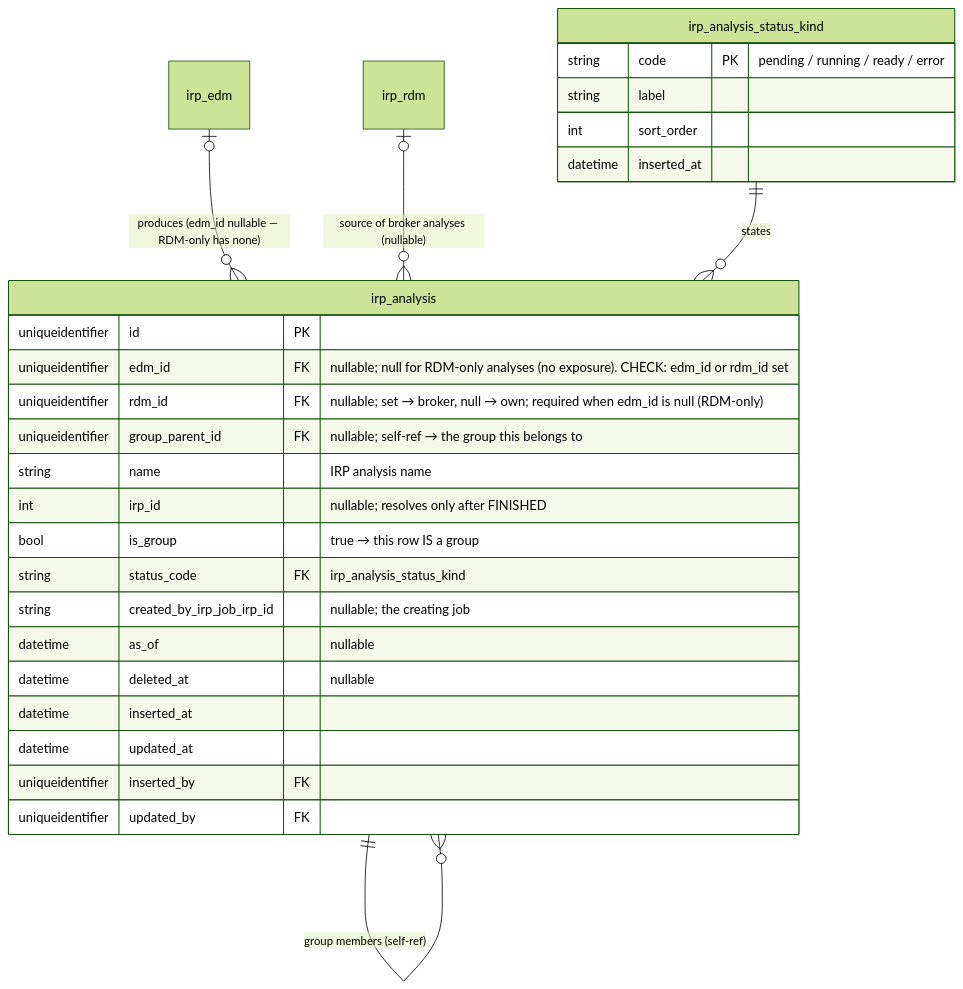
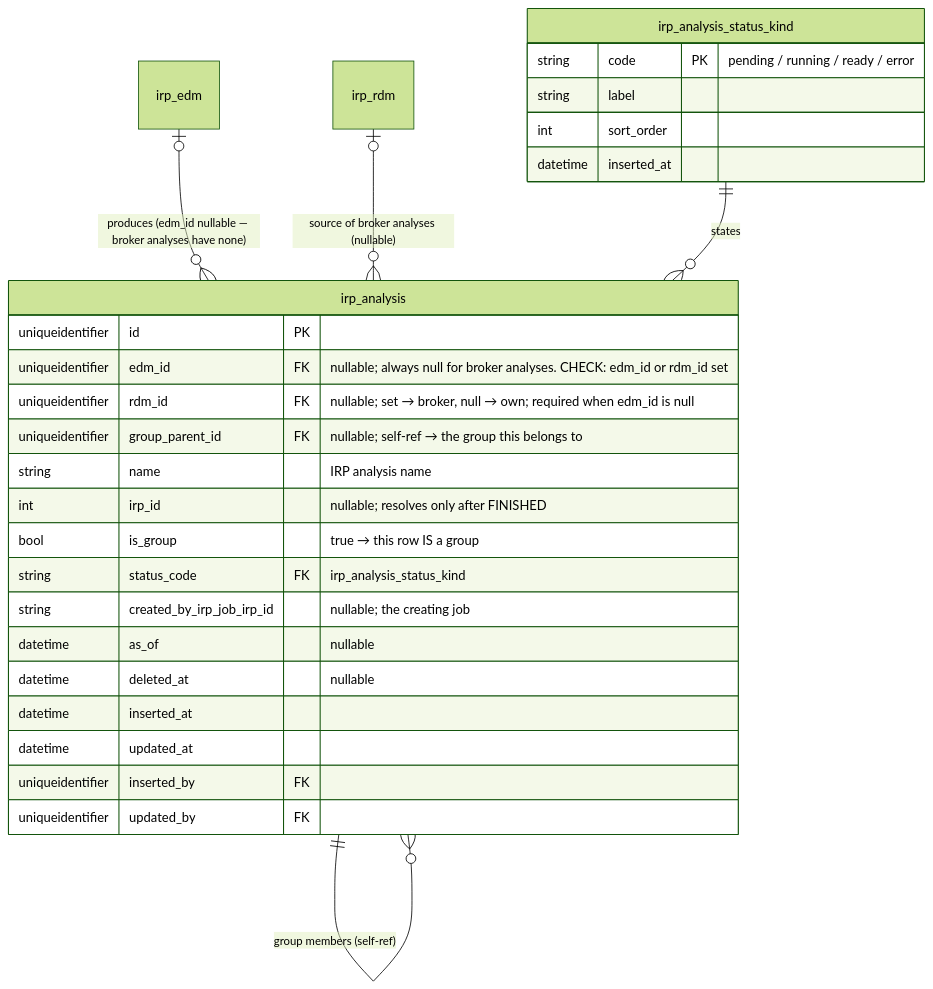
The fourth of 9 diagrams in docs/DATA_MODEL.md (anilvenugopal/risk-workbench), drawn with Mermaid (forest theme) before and after one commit. The commit also changed other lines of this file and 8 other files, not shown here.

First line of the commit message:
Update docs and sequence diagrams for standalone RDM import

````diff
--- a/docs/DATA_MODEL.md
+++ b/docs/DATA_MODEL.md
@@ -268,31 +268,31 @@
 ```mermaid
 erDiagram
-  irp_edm |o--o{ irp_analysis : "produces (edm_id nullable — RDM-only has none)"
+  irp_edm |o--o{ irp_analysis : "produces (edm_id nullable — broker analyses have none)"
   irp_rdm |o--o{ irp_analysis : "source of broker analyses (nullable)"
   irp_analysis ||--o{ irp_analysis : "group members (self-ref)"
   irp_analysis_status_kind ||--o{ irp_analysis : states
 
   irp_analysis {
     uniqueidentifier id PK
-    uniqueidentifier edm_id FK "nullable; null for RDM-only analyses (no exposure). CHECK: edm_id or rdm_id set"
-    uniqueidentifier rdm_id FK "nullable; set → broker, null → own; required when edm_id is null (RDM-only)"
+    uniqueidentifier edm_id FK "nullable; always null for broker analyses. CHECK: edm_id or rdm_id set"
+    uniqueidentifier rdm_id FK "nullable; set → broker, null → own; required when edm_id is null"
     uniqueidentifier group_parent_id FK "nullable; self-ref → the group this belongs to"
     string name "IRP analysis name"
     int irp_id "nullable; resolves only after FINISHED"
     bool is_group "true → this row IS a group"
     string status_code FK "irp_analysis_status_kind"
     string created_by_irp_job_irp_id "nullable; the creating job"
     datetime as_of "nullable"
     datetime deleted_at "nullable"
     datetime inserted_at
     datetime updated_at
     uniqueidentifier inserted_by FK
     uniqueidentifier updated_by FK
   }
   irp_analysis_status_kind {
     string code PK "pending / running / ready / error"
     string label
     int sort_order
     datetime inserted_at
   }
 ```
````
